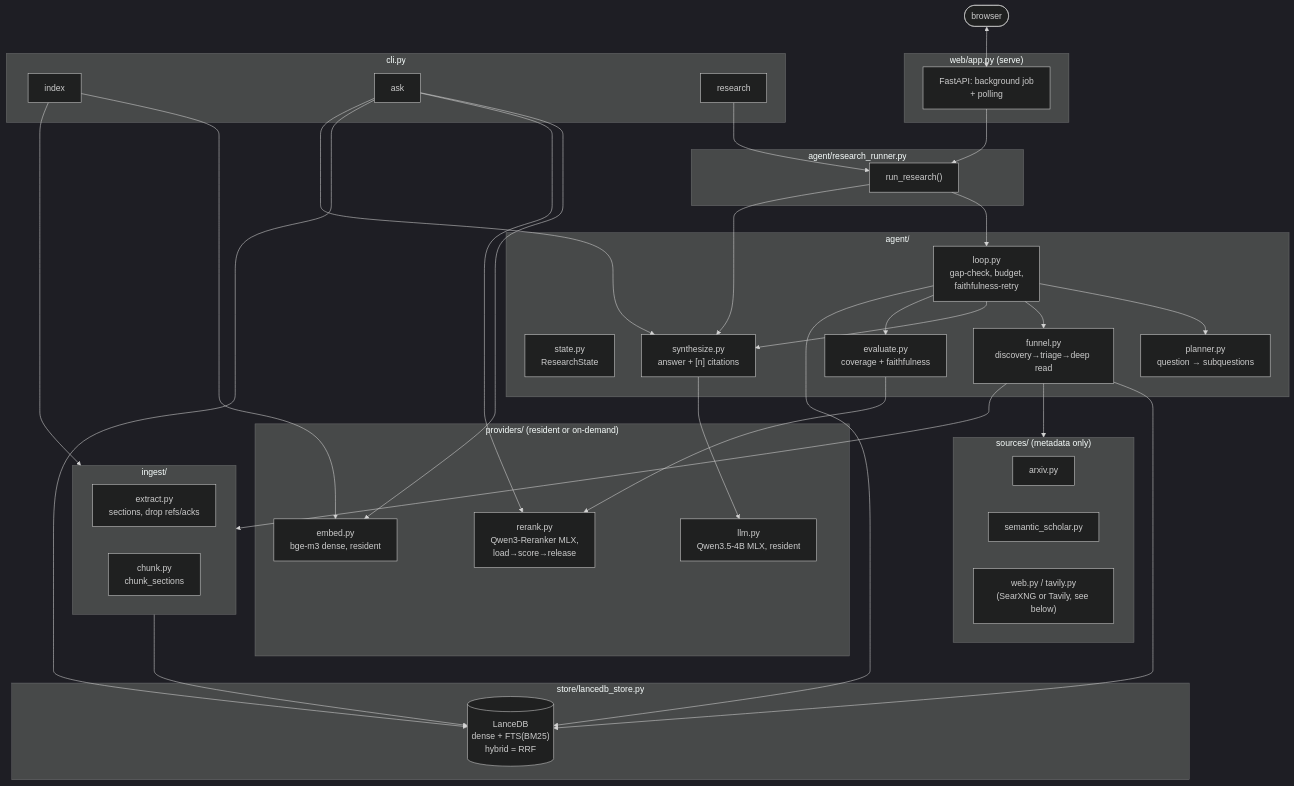
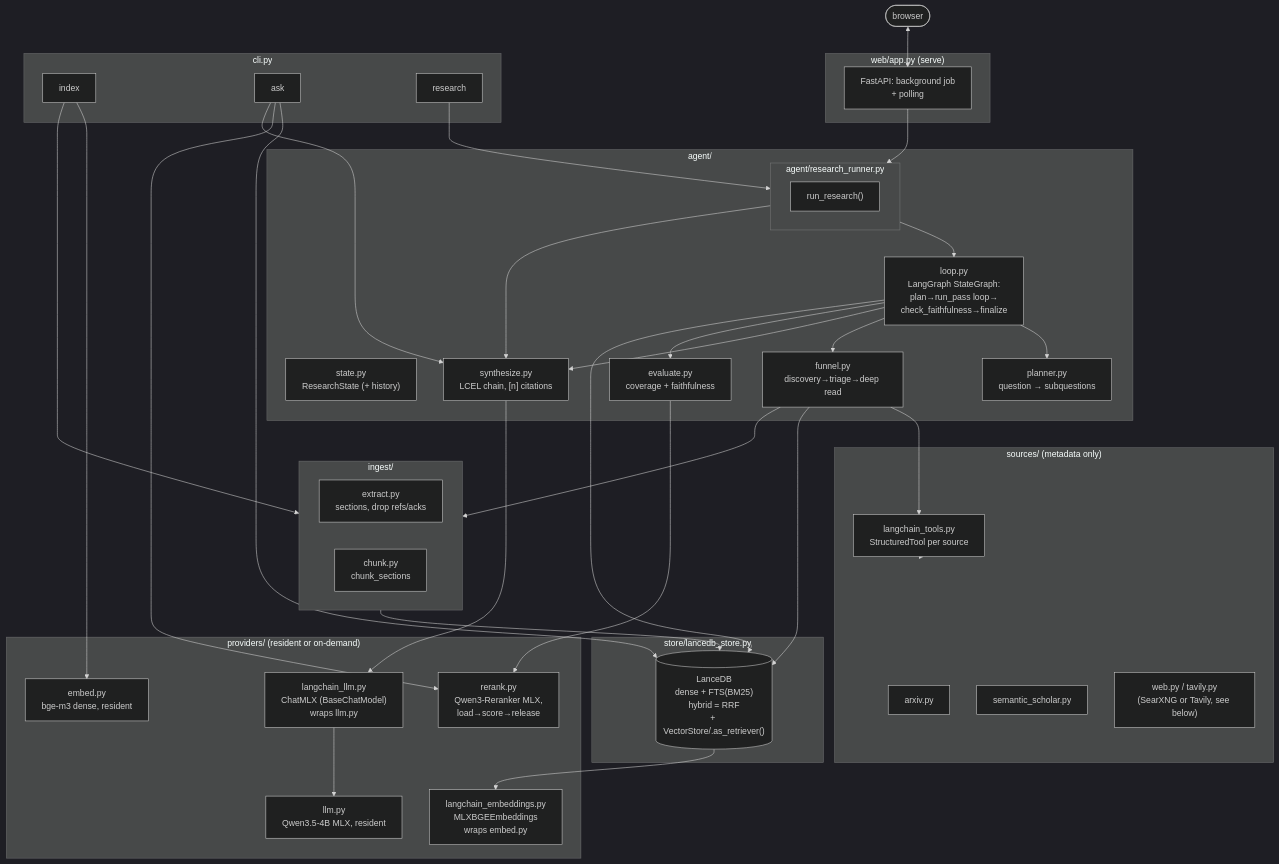
Before and after one commit to lucenticus/local-research-agent: the diagram in README.md, drawn with Mermaid (dark theme). The commit also changed other lines of this file and 8 other files, not shown here.

First line of the commit message:
Drop DEVELOPMENT_PLAN.md; update README/CLAUDE.md for current architecture

````diff
--- a/README.md
+++ b/README.md
@@ -33,65 +32,70 @@
 ```mermaid
 flowchart TB
     browser(["browser"])
 
     subgraph web["web/app.py (serve)"]
         fastapi["FastAPI: background job<br/>+ polling"]
     end
 
     subgraph cli["cli.py"]
         index["index"]
         ask["ask"]
         research["research"]
     end
 
     subgraph runner["agent/research_runner.py"]
         rr["run_research()"]
     end
 
     subgraph providers["providers/ (resident or on-demand)"]
         embed["embed.py<br/>bge-m3 dense, resident"]
         llm["llm.py<br/>Qwen3.5-4B MLX, resident"]
         rerank["rerank.py<br/>Qwen3-Reranker MLX,<br/>load→score→release"]
+        chatmlx["langchain_llm.py<br/>ChatMLX (BaseChatModel)<br/>wraps llm.py"]
+        lcembed["langchain_embeddings.py<br/>MLXBGEEmbeddings<br/>wraps embed.py"]
     end
 
     subgraph store["store/lancedb_store.py"]
-        lance[("LanceDB<br/>dense + FTS(BM25)<br/>hybrid = RRF")]
+        lance[("LanceDB<br/>dense + FTS(BM25)<br/>hybrid = RRF<br/>+ VectorStore/.as_retriever()")]
     end
 
     subgraph ingest["ingest/"]
         extract["extract.py<br/>sections, drop refs/acks"]
         chunk["chunk.py<br/>chunk_sections"]
     end
 
     subgraph agent["agent/"]
-        state["state.py<br/>ResearchState"]
+        state["state.py<br/>ResearchState (+ history)"]
         planner["planner.py<br/>question → subquestions"]
         funnel["funnel.py<br/>discovery→triage→deep read"]
-        loop["loop.py<br/>gap-check, budget,<br/>faithfulness-retry"]
-        synth["synthesize.py<br/>answer + [n] citations"]
+        loop["loop.py<br/>LangGraph StateGraph:<br/>plan→run_pass loop→<br/>check_faithfulness→finalize"]
+        synth["synthesize.py<br/>LCEL chain, [n] citations"]
         eval["evaluate.py<br/>coverage + faithfulness"]
+        runner["research_runner.py<br/>run_research / run_followup"]
     end
 
     subgraph sources["sources/ (metadata only)"]
         arxiv["arxiv.py"]
         s2["semantic_scholar.py"]
         websearch["web.py / tavily.py<br/>(SearXNG or Tavily, see below)"]
+        tools["langchain_tools.py<br/>StructuredTool per source"]
     end
 
     browser <--> fastapi
-    fastapi --> rr
-    research --> rr
-    rr --> loop
-    rr --> synth
+    fastapi --> runner
+    research --> runner
+    runner --> loop
+    runner --> synth
 
     index --> ingest --> lance
     index --> embed
-    ask --> embed & rerank & lance & synth
+    ask --> lance & rerank & synth
+    lance --> lcembed
     loop --> planner & funnel & synth & eval
-    funnel --> sources
+    funnel --> tools --> sources
     funnel --> ingest
     funnel --> lance
     loop --> lance
     eval --> rerank
-    synth --> llm
+    synth --> chatmlx --> llm
 ```
````
